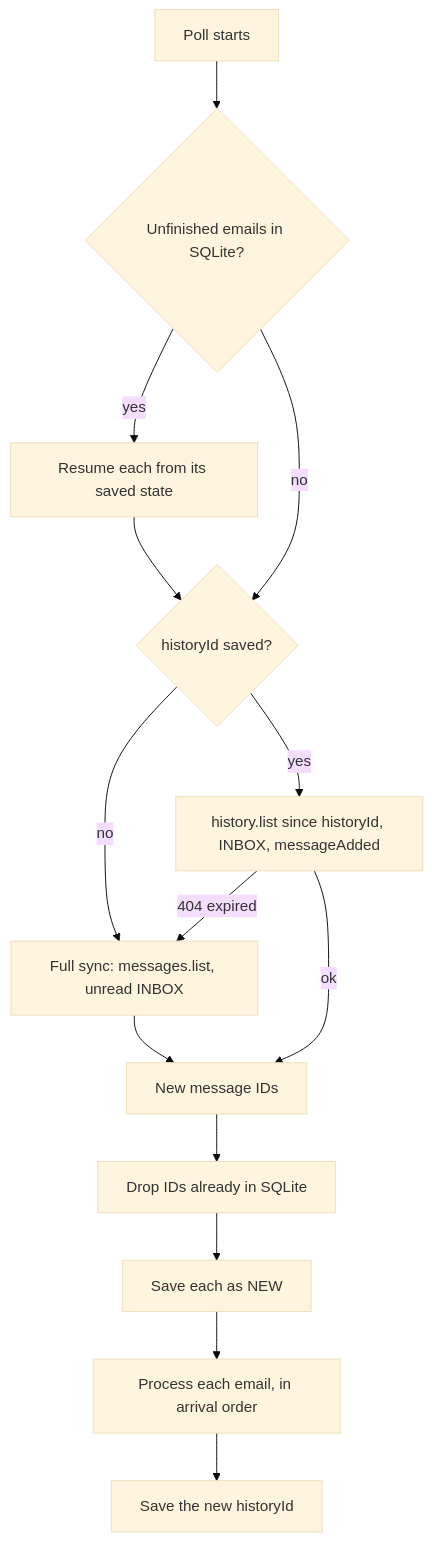
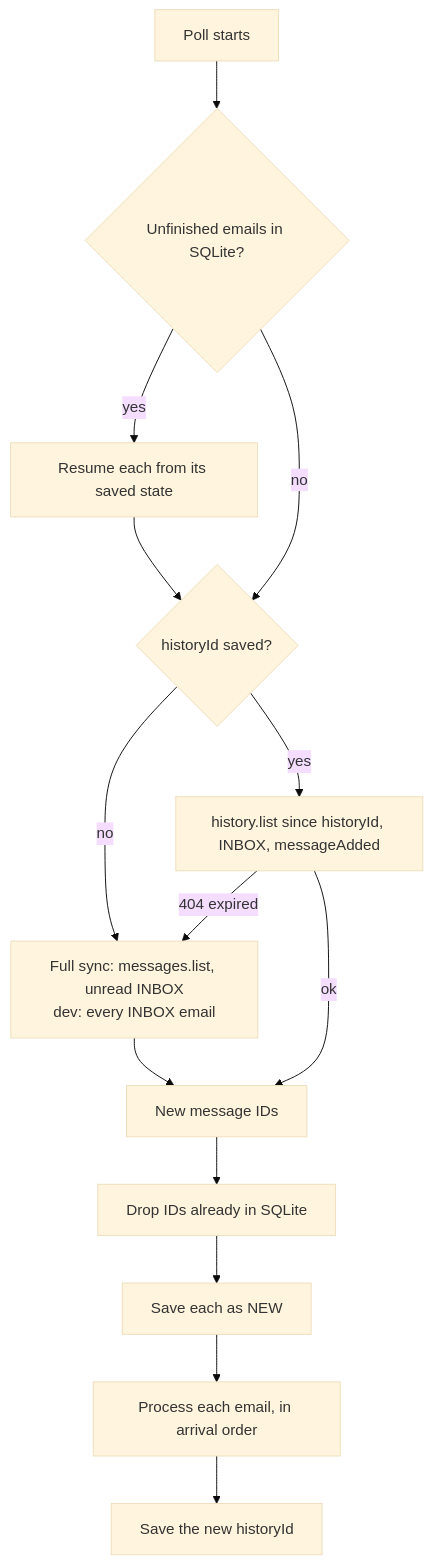
The first of 3 diagrams in docs/retrieve-classify.md (andreicaminschi/ai-email-assistant), drawn with Mermaid (base theme) before and after one commit. The commit also changed other lines of this file and 36 other files, not shown here.

````diff
--- a/docs/retrieve-classify.md
+++ b/docs/retrieve-classify.md
@@ -35,16 +35,16 @@
 ```mermaid
 flowchart TD
     A[Poll starts] --> B{Unfinished emails in SQLite?}
     B -- yes --> C[Resume each from its saved state]
     C --> D
     B -- no --> D{historyId saved?}
-    D -- no --> F[Full sync: messages.list, unread INBOX]
+    D -- no --> F[Full sync: messages.list, unread INBOX<br/>dev: every INBOX email]
     D -- yes --> E[history.list since historyId, INBOX, messageAdded]
     E -- 404 expired --> F
     E -- ok --> G[New message IDs]
     F --> G
     G --> H[Drop IDs already in SQLite]
     H --> I[Save each as NEW]
     I --> J[Process each email, in arrival order]
     J --> K[Save the new historyId]
 ```
````
